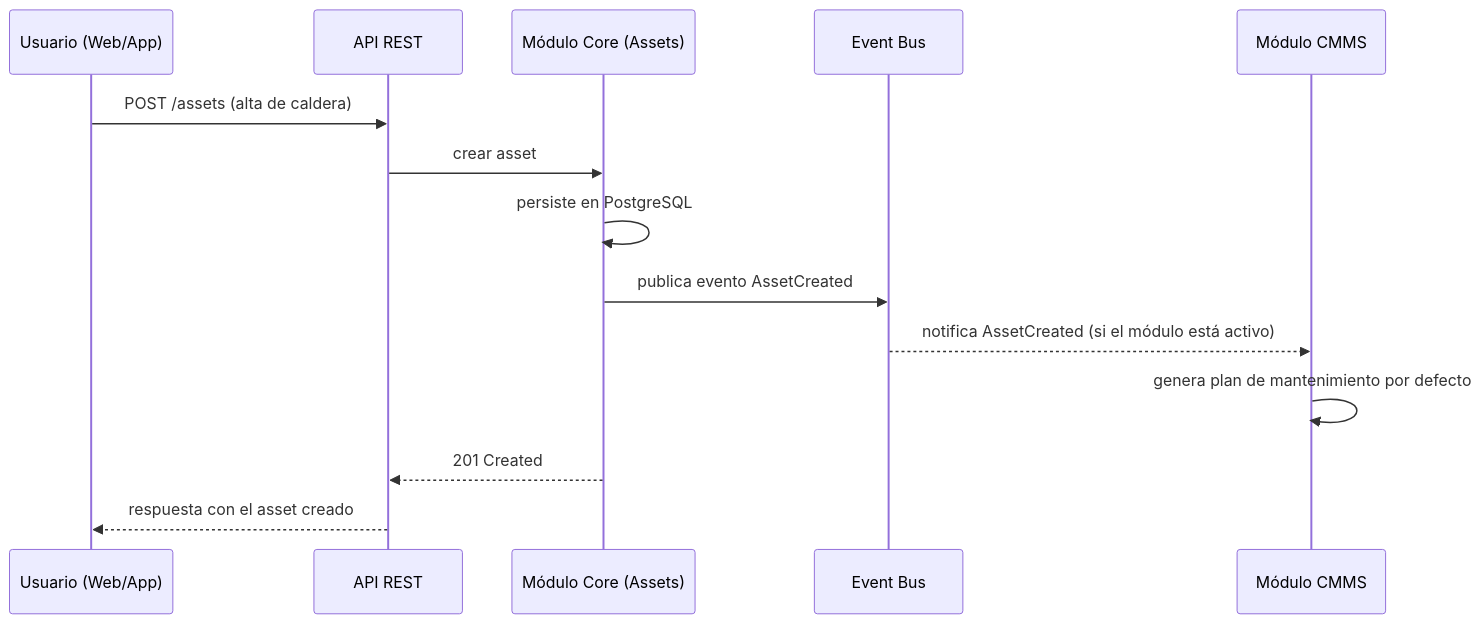
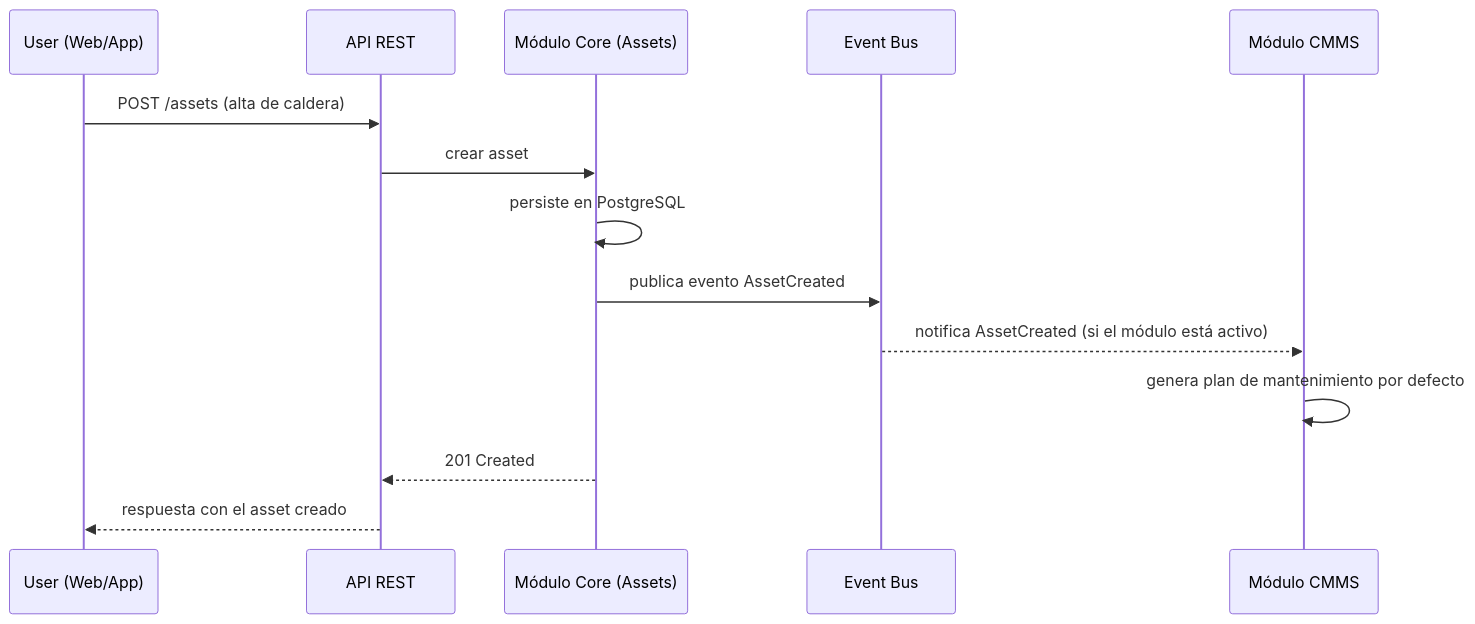
The fifth of 8 diagrams in README.md (kikescribano/domestic_resource_planning), drawn with Mermaid before and after one commit. The commit also changed other lines of this file and 2 other files, not shown here.

````diff
--- a/README.md
+++ b/README.md
@@ -475,17 +479,17 @@
 ```mermaid
 sequenceDiagram
-    participant U as Usuario (Web/App)
+    participant U as User (Web/App)
     participant API as API REST
     participant Core as Módulo Core (Assets)
     participant EB as Event Bus
     participant CMMS as Módulo CMMS
 
     U->>API: POST /assets (alta de caldera)
     API->>Core: crear asset
     Core->>Core: persiste en PostgreSQL
     Core->>EB: publica evento AssetCreated
     EB-->>CMMS: notifica AssetCreated (si el módulo está activo)
     CMMS->>CMMS: genera plan de mantenimiento por defecto
     Core-->>API: 201 Created
     API-->>U: respuesta con el asset creado
 ```
````
